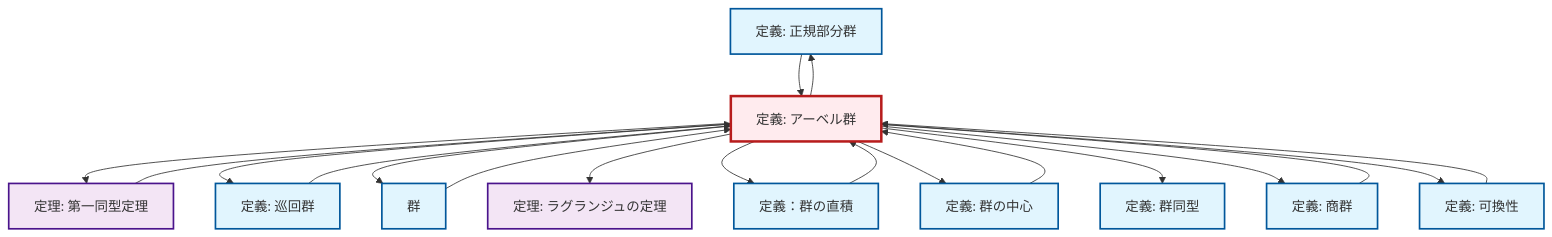
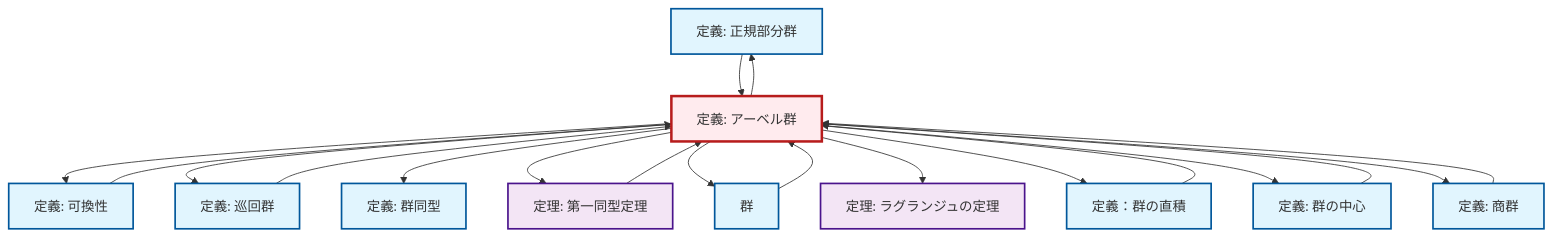
Before and after one commit to RK0429/ModernMath: the diagram in content/ja/algebra/def-abelian-group.qmd, drawn with Mermaid. The commit also changed other lines of this file and 328 other files, not shown here.

````diff
--- a/content/ja/algebra/def-abelian-group.qmd
+++ b/content/ja/algebra/def-abelian-group.qmd
@@ -104,49 +104,49 @@
 ```{mermaid}
 %%| fig-cap: "ローカル依存関係グラフ"
 graph TD
     classDef definition fill:#e1f5fe,stroke:#01579b,stroke-width:2px
     classDef theorem fill:#f3e5f5,stroke:#4a148c,stroke-width:2px
     classDef axiom fill:#fff3e0,stroke:#e65100,stroke-width:2px
     classDef example fill:#e8f5e9,stroke:#1b5e20,stroke-width:2px
     classDef current fill:#ffebee,stroke:#b71c1c,stroke-width:3px
     def-normal-subgroup["定義: 正規部分群"]:::definition
     def-cyclic-group["定義: 巡回群"]:::definition
+    def-abelian-group["定義: アーベル群"]:::definition
+    thm-lagrange["定理: ラグランジュの定理"]:::theorem
     def-direct-product["定義：群の直積"]:::definition
-    def-quotient-group["定義: 商群"]:::definition
     def-isomorphism["定義: 群同型"]:::definition
-    def-commutativity["定義: 可換性"]:::definition
     thm-first-isomorphism["定理: 第一同型定理"]:::theorem
     def-group["群"]:::definition
-    thm-lagrange["定理: ラグランジュの定理"]:::theorem
     def-center-of-group["定義: 群の中心"]:::definition
-    def-abelian-group["定義: アーベル群"]:::definition
+    def-commutativity["定義: 可換性"]:::definition
+    def-quotient-group["定義: 商群"]:::definition
+    def-commutativity --> def-abelian-group
+    def-abelian-group --> def-commutativity
+    def-quotient-group --> def-abelian-group
+    def-normal-subgroup --> def-abelian-group
+    def-abelian-group --> def-cyclic-group
+    def-cyclic-group --> def-abelian-group
+    def-abelian-group --> def-isomorphism
+    def-abelian-group --> def-normal-subgroup
+    def-abelian-group --> thm-first-isomorphism
+    def-abelian-group --> def-group
+    def-center-of-group --> def-abelian-group
     def-group --> def-abelian-group
-    def-abelian-group --> thm-first-isomorphism
-    def-abelian-group --> def-cyclic-group
     thm-first-isomorphism --> def-abelian-group
-    def-cyclic-group --> def-abelian-group
-    def-abelian-group --> def-group
     def-abelian-group --> thm-lagrange
-    def-abelian-group --> def-normal-subgroup
     def-abelian-group --> def-direct-product
     def-abelian-group --> def-center-of-group
-    def-center-of-group --> def-abelian-group
-    def-quotient-group --> def-abelian-group
-    def-abelian-group --> def-isomorphism
-    def-commutativity --> def-abelian-group
+    def-direct-product --> def-abelian-group
     def-abelian-group --> def-quotient-group
-    def-abelian-group --> def-commutativity
-    def-normal-subgroup --> def-abelian-group
-    def-direct-product --> def-abelian-group
     class def-abelian-group current
     click def-normal-subgroup "def-normal-subgroup.html" "正規部分群の定義へ"
     click def-cyclic-group "def-cyclic-group.html" "巡回群の定義へ"
+    click thm-lagrange "thm-lagrange.html" "ラグランジュの定理の定理へ"
     click def-direct-product "def-direct-product.html" "定義：群の直積へ"
-    click def-quotient-group "def-quotient-group.html" "商群の定義へ"
     click def-isomorphism "def-isomorphism.html" "群同型の定義へ"
-    click def-commutativity "def-commutativity.html" "可換性の定義へ"
     click thm-first-isomorphism "thm-first-isomorphism.html" "第一同型定理の定理へ"
     click def-group "def-group.html" "群へ"
-    click thm-lagrange "thm-lagrange.html" "ラグランジュの定理の定理へ"
     click def-center-of-group "def-center-of-group.html" "群の中心の定義へ"
+    click def-commutativity "def-commutativity.html" "可換性の定義へ"
+    click def-quotient-group "def-quotient-group.html" "商群の定義へ"
 ```
````
